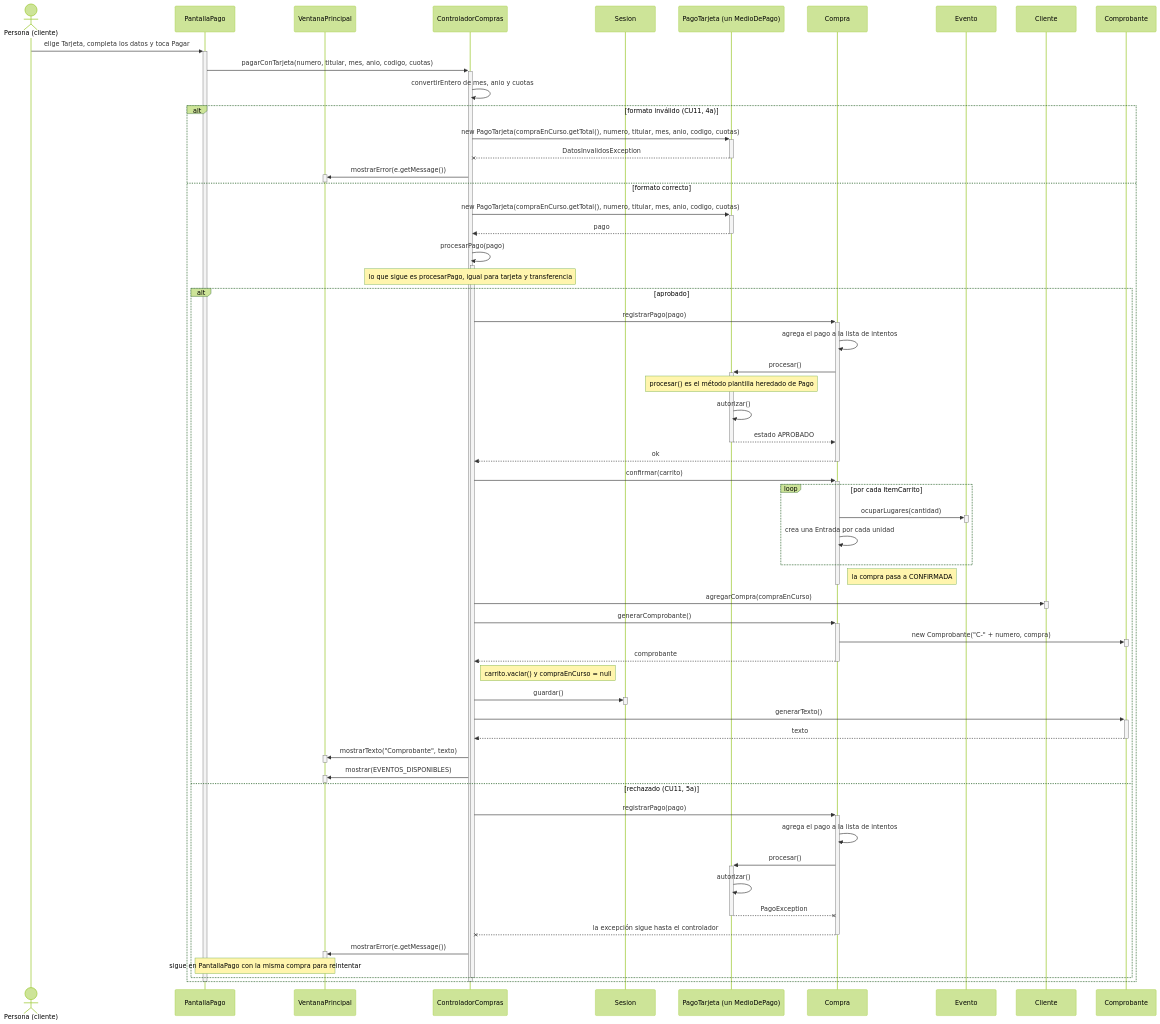
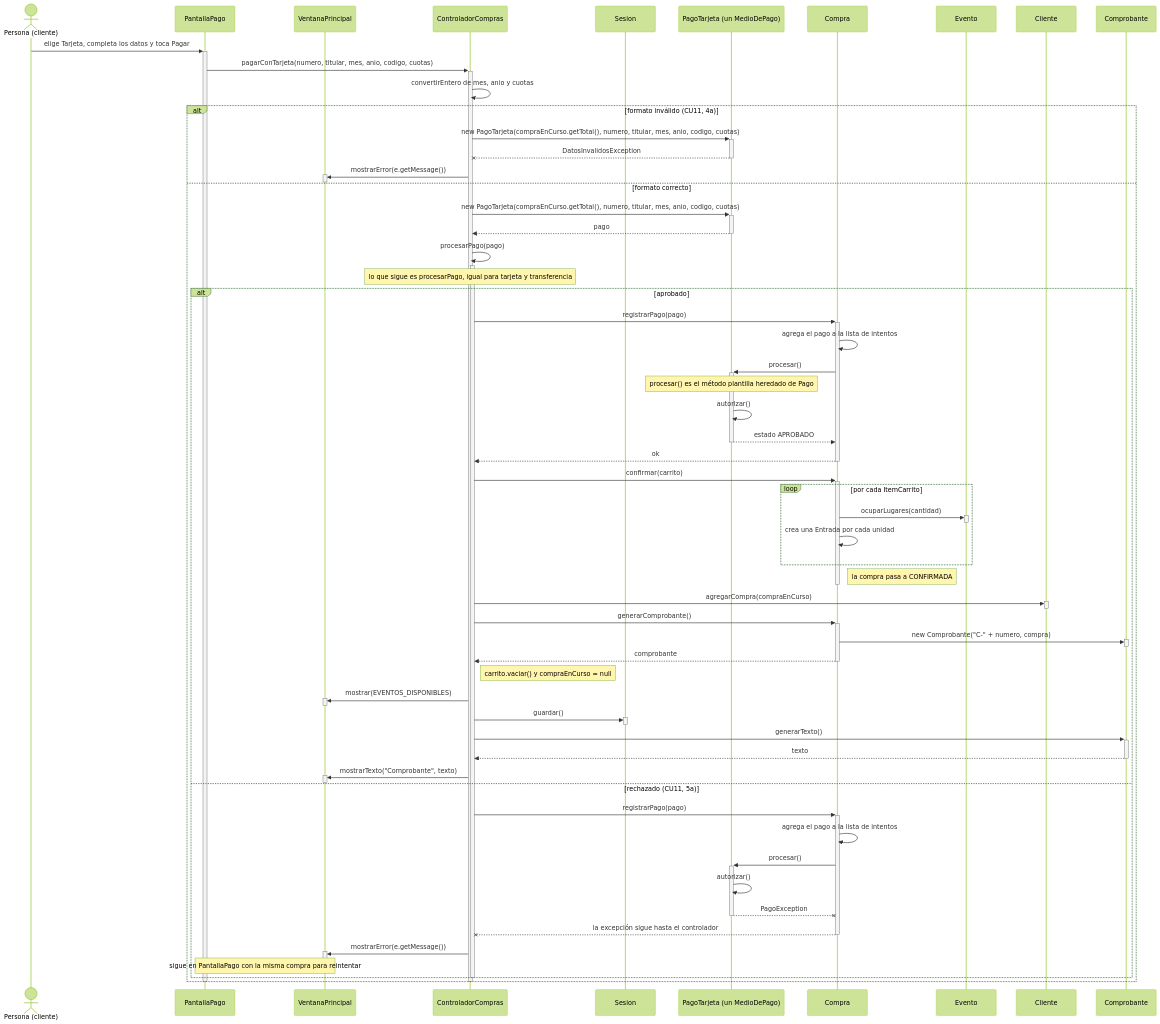
Before and after one commit to AgustinSimonenco/gestion-eventos-musicales: the second of 3 diagrams in docs/diseno/secuencias/CU10-confirmar-compra.md, drawn with Mermaid (forest theme). The commit also changed other lines of this file and 13 other files, not shown here.

Commit message:
E15 y E16: manual de uso, guia de defensa, diagramas y secuencia del CU13

````diff
--- a/docs/diseno/secuencias/CU10-confirmar-compra.md
+++ b/docs/diseno/secuencias/CU10-confirmar-compra.md
@@ -72,73 +72,73 @@
 ```mermaid
 sequenceDiagram
     actor U as Persona (cliente)
     participant P as PantallaPago
     participant V as VentanaPrincipal
     participant C as ControladorCompras
     participant S as Sesion
     participant PT as PagoTarjeta (un MedioDePago)
     participant Co as Compra
     participant E as Evento
     participant Cl as Cliente
     participant Cb as Comprobante
 
     U->>+P: elige Tarjeta, completa los datos y toca Pagar
     P->>+C: pagarConTarjeta(numero, titular, mes, anio, codigo, cuotas)
     C->>C: convertirEntero de mes, anio y cuotas
     alt formato inválido (CU11, 4a)
         C->>+PT: new PagoTarjeta(compraEnCurso.getTotal(), numero, titular, mes, anio, codigo, cuotas)
         PT--x-C: DatosInvalidosException
         C->>+V: mostrarError(e.getMessage())
         deactivate V
     else formato correcto
         C->>+PT: new PagoTarjeta(compraEnCurso.getTotal(), numero, titular, mes, anio, codigo, cuotas)
         PT-->>-C: pago
         C->>+C: procesarPago(pago)
         Note over C: lo que sigue es procesarPago, igual para tarjeta y transferencia
         alt aprobado
             C->>+Co: registrarPago(pago)
             Co->>Co: agrega el pago a la lista de intentos
             Co->>+PT: procesar()
             Note over PT: procesar() es el método plantilla heredado de Pago
             PT->>PT: autorizar()
             PT-->>-Co: estado APROBADO
             Co-->>-C: ok
             C->>+Co: confirmar(carrito)
             loop por cada ItemCarrito
                 Co->>+E: ocuparLugares(cantidad)
                 deactivate E
                 Co->>Co: crea una Entrada por cada unidad
             end
             Note right of Co: la compra pasa a CONFIRMADA
             deactivate Co
             C->>+Cl: agregarCompra(compraEnCurso)
             deactivate Cl
             C->>+Co: generarComprobante()
             Co->>+Cb: new Comprobante("C-" + numero, compra)
             deactivate Cb
             Co-->>-C: comprobante
             Note right of C: carrito.vaciar() y compraEnCurso = null
+            C->>+V: mostrar(EVENTOS_DISPONIBLES)
+            deactivate V
             C->>+S: guardar()
             deactivate S
             C->>+Cb: generarTexto()
             Cb-->>-C: texto
             C->>+V: mostrarTexto("Comprobante", texto)
-            deactivate V
-            C->>+V: mostrar(EVENTOS_DISPONIBLES)
             deactivate V
         else rechazado (CU11, 5a)
             C->>+Co: registrarPago(pago)
             Co->>Co: agrega el pago a la lista de intentos
             Co->>+PT: procesar()
             PT->>PT: autorizar()
             PT--x-Co: PagoException
             Co--x-C: la excepción sigue hasta el controlador
             C->>+V: mostrarError(e.getMessage())
             deactivate V
             Note over P,V: sigue en PantallaPago con la misma compra para reintentar
         end
         deactivate C
     end
     deactivate C
     deactivate P
 ```
````
